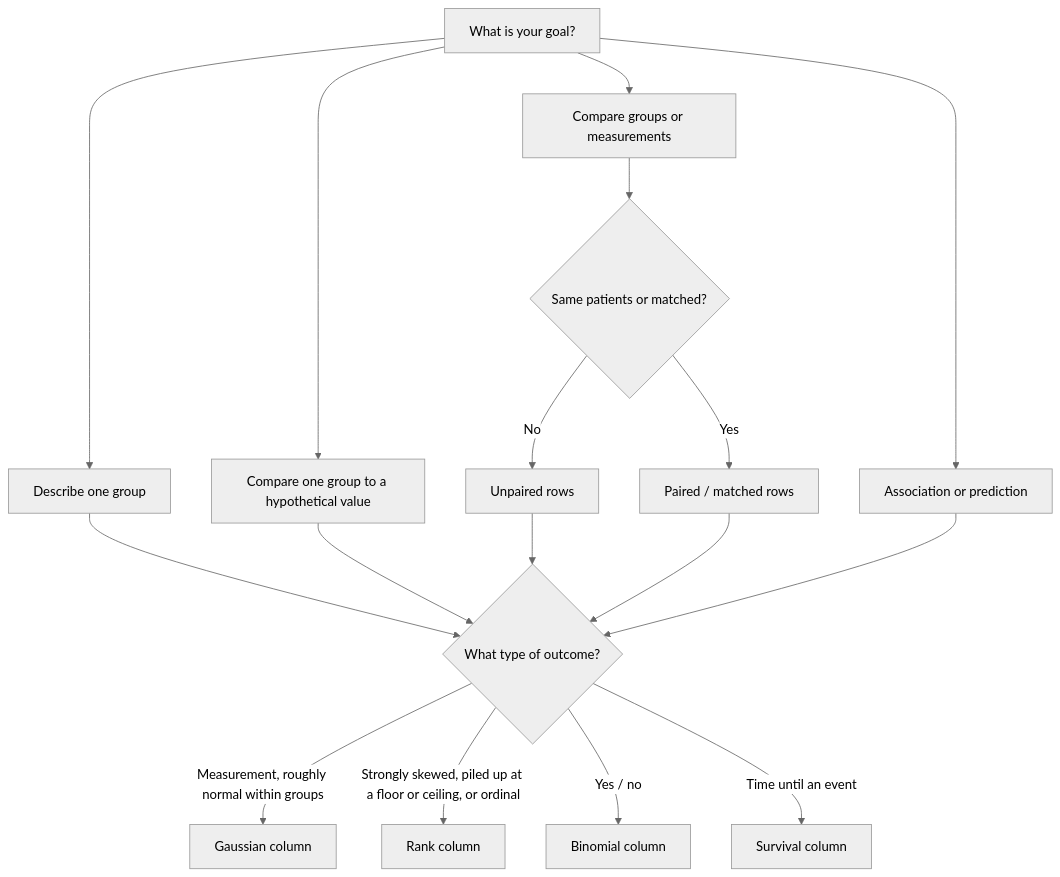
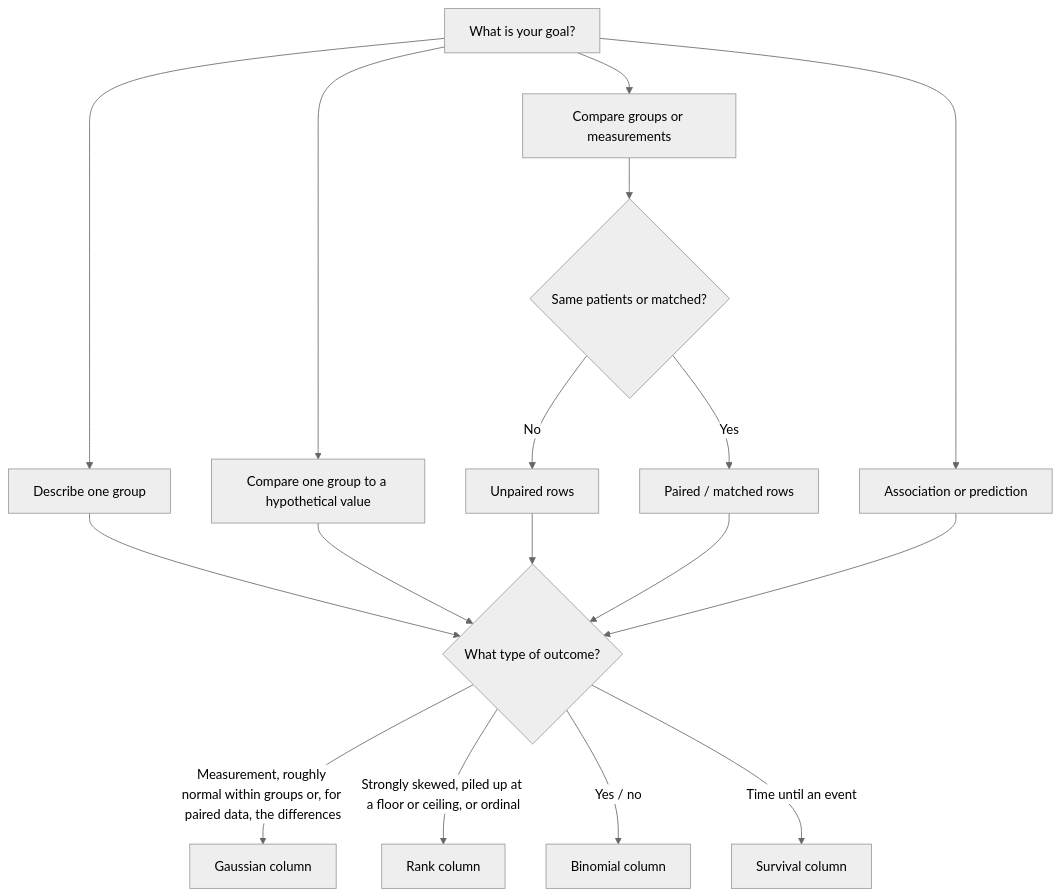
The diagram in en/foundations/03-distributions.qmd (hfr-ortho/stats-formation), drawn with Mermaid (neutral theme) before and after one commit. The commit also changed other lines of this file and 23 other files, not shown here.

````diff
--- a/en/foundations/03-distributions.qmd
+++ b/en/foundations/03-distributions.qmd
@@ -448,19 +448,19 @@
 ```{mermaid}
 flowchart TD
   A[What is your goal?] --> B[Describe one group]
   A --> M[Compare one group to a hypothetical value]
   A --> C[Compare groups or measurements]
   A --> D[Association or prediction]
   C --> E{Same patients or matched?}
   E -->|No| F[Unpaired rows]
   E -->|Yes| G[Paired / matched rows]
   B --> H{What type of outcome?}
   M --> H
   F --> H
   G --> H
   D --> H
-  H -->|Measurement, roughly normal within groups| I[Gaussian column]
+  H -->|Measurement, roughly normal within groups or, for paired data, the differences| I[Gaussian column]
   H -->|Strongly skewed, piled up at a floor or ceiling, or ordinal| J[Rank column]
   H -->|Yes / no| K[Binomial column]
   H -->|Time until an event| L[Survival column]
 ```
````
